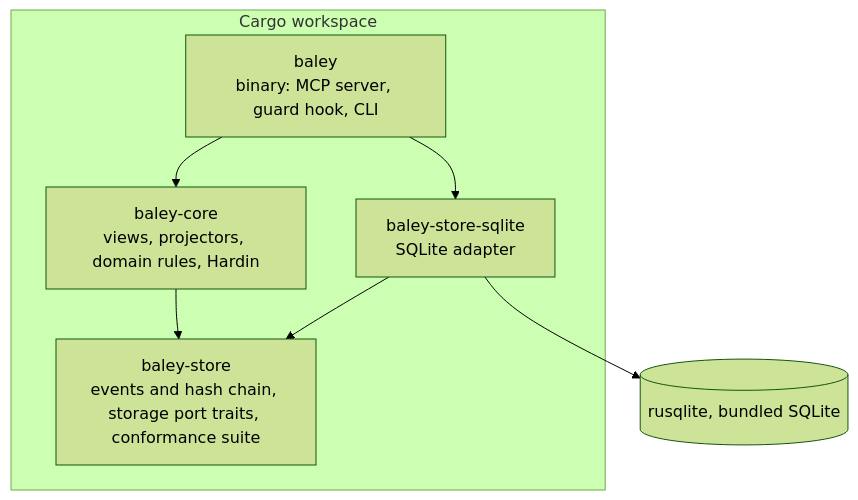
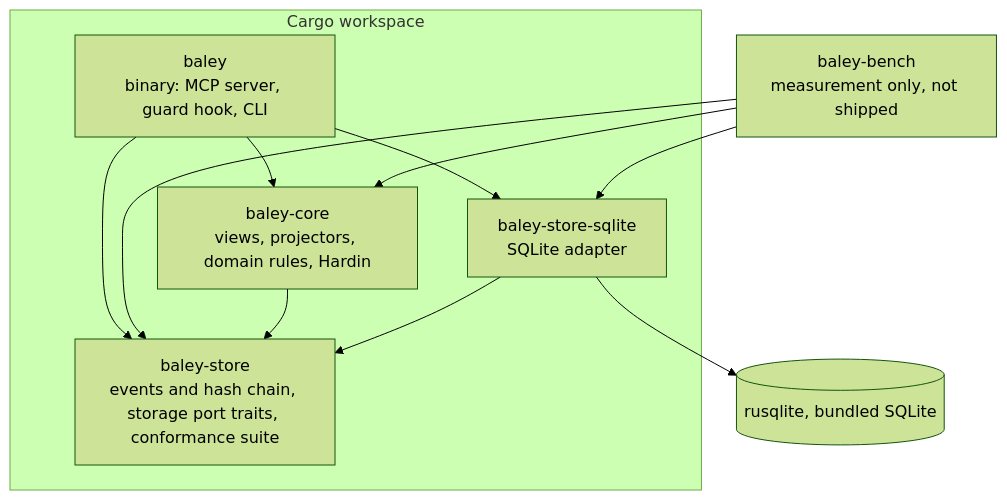
The third of 14 diagrams in docs/design/0001-evidence-ledger.md (crenshawdev/baley), drawn with Mermaid (forest theme) before and after one commit. The commit also changed other lines of this file and 5 other files, not shown here.

````diff
--- a/docs/design/0001-evidence-ledger.md
+++ b/docs/design/0001-evidence-ledger.md
@@ -200,15 +200,20 @@
 ```mermaid
 flowchart TB
   subgraph workspace [Cargo workspace]
     server["baley<br/>binary: MCP server, guard hook, CLI"]
     core["baley-core<br/>views, projectors, domain rules, Hardin"]
     port["baley-store<br/>events and hash chain, storage port traits, conformance suite"]
     sqlite["baley-store-sqlite<br/>SQLite adapter"]
   end
   rusqlite[("rusqlite, bundled SQLite")]
   server --> core
+  server --> port
   server --> sqlite
+  bench["baley-bench<br/>measurement only, not shipped"]
+  bench --> sqlite
+  bench --> core
+  bench --> port
   core --> port
   sqlite --> port
   sqlite --> rusqlite
 ```
````
